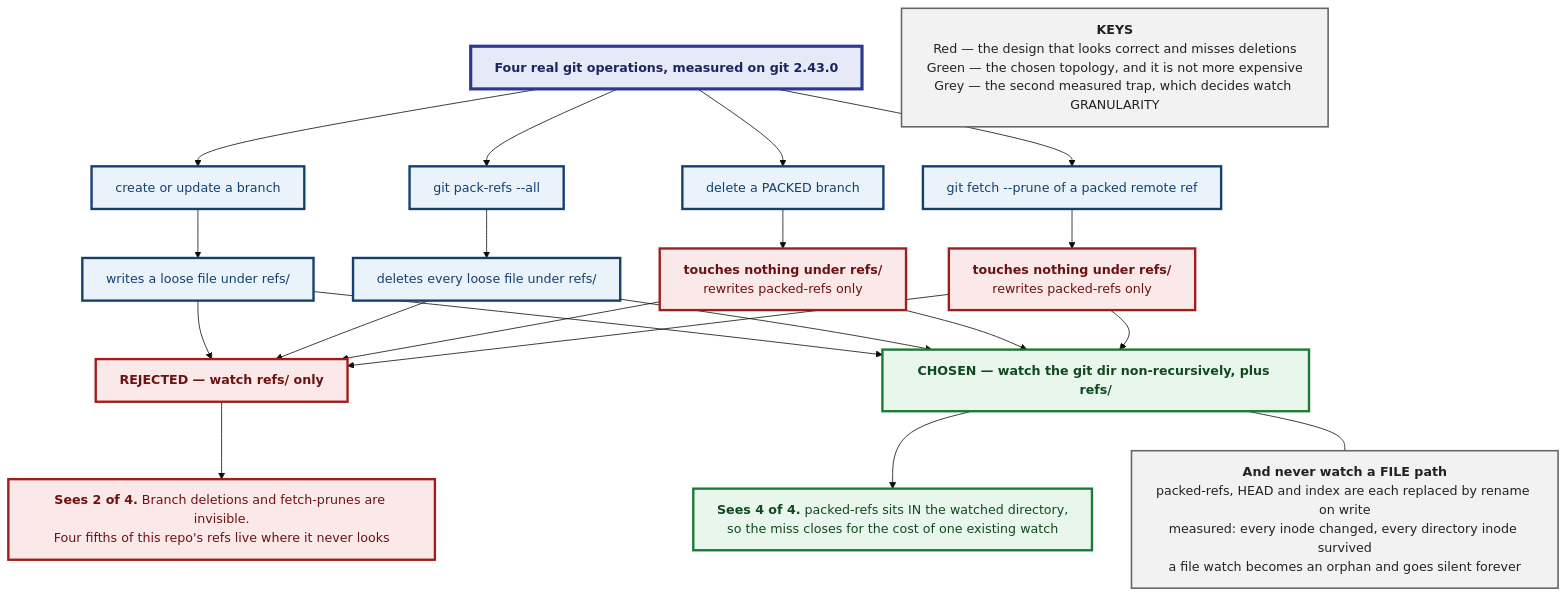
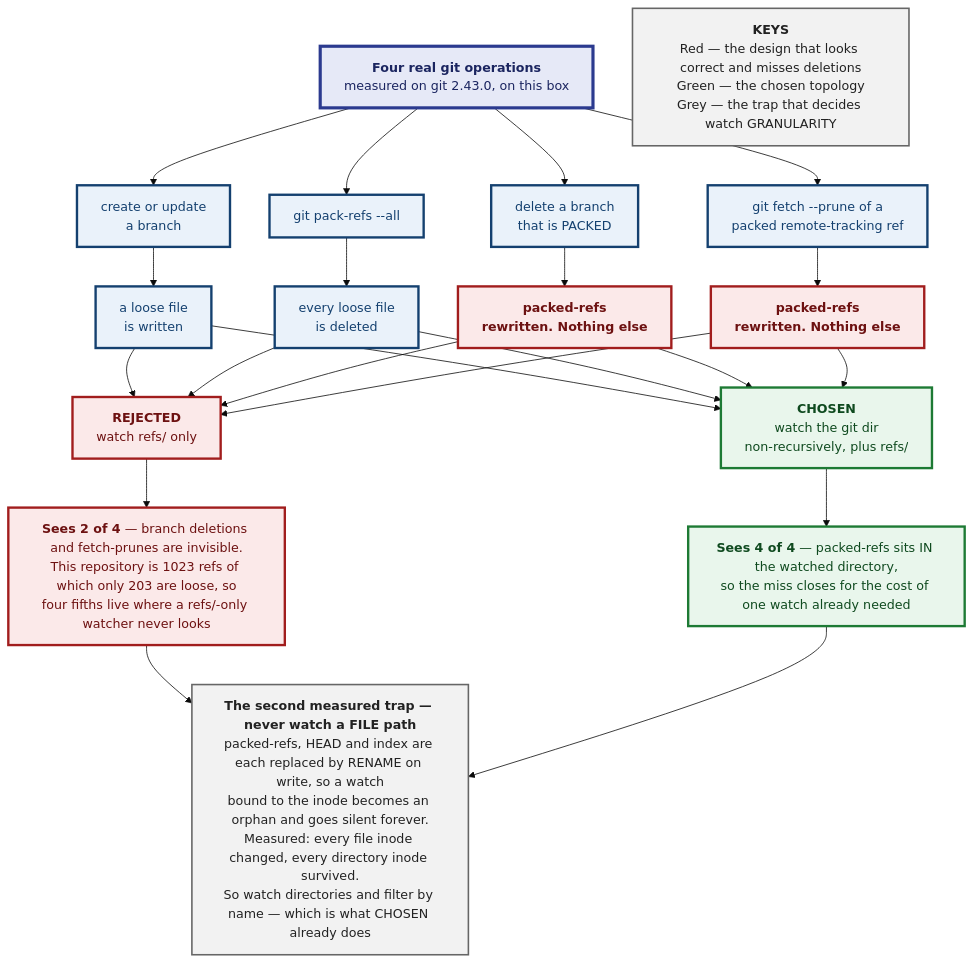
Before and after one commit to tom2025b/git-vista: the fourth of 9 diagrams in docs/superpowers/specs/m3.26-external-changes.md, drawn with Mermaid (base theme). The commit also changed other lines of this file and 1 other file, not shown here.

First line of the commit message:
docs(#551): nine diagrams, verified rendered — and the PDF twin

````diff
--- a/docs/superpowers/specs/m3.26-external-changes.md
+++ b/docs/superpowers/specs/m3.26-external-changes.md
@@ -401,50 +444,49 @@
 ```mermaid
 ---
 config:
   flowchart:
-    wrappingWidth: 480
+    wrappingWidth: 290
 ---
 flowchart TD
-    OP["<b>Four real git operations, measured on git 2.43.0</b>"]
+    OP["<b>Four real git operations</b><br/>measured on git 2.43.0, on this box"]
 
-    OP --> O1["create or update a branch"]
+    OP --> O1["create or update<br/>a branch"]
     OP --> O2["git pack-refs --all"]
-    OP --> O3["delete a PACKED branch"]
-    OP --> O4["git fetch --prune of a packed remote ref"]
+    OP --> O3["delete a branch<br/>that is PACKED"]
+    OP --> O4["git fetch --prune of a<br/>packed remote-tracking ref"]
 
-    O1 --> N1["writes a loose file under refs/"]
-    O2 --> N2["deletes every loose file under refs/"]
-    O3 --> N3["<b>touches nothing under refs/</b><br/>rewrites packed-refs only"]
-    O4 --> N4["<b>touches nothing under refs/</b><br/>rewrites packed-refs only"]
+    O1 --> N1["a loose file<br/>is written"]
+    O2 --> N2["every loose file<br/>is deleted"]
+    O3 --> N3["<b>packed-refs<br/>rewritten. Nothing else</b>"]
+    O4 --> N4["<b>packed-refs<br/>rewritten. Nothing else</b>"]
 
-    N1 --> A["<b>REJECTED — watch refs/ only</b>"]
+    N1 --> A["<b>REJECTED</b><br/>watch refs/ only"]
     N2 --> A
     N3 --> A
     N4 --> A
 
-    N1 --> B["<b>CHOSEN — watch the git dir non-recursively, plus refs/</b>"]
+    N1 --> B["<b>CHOSEN</b><br/>watch the git dir<br/>non-recursively, plus refs/"]
     N2 --> B
     N3 --> B
     N4 --> B
 
-    A --> AR["<b>Sees 2 of 4.</b> Branch deletions and fetch-prunes are invisible.<br/>Four fifths of this repo's refs live where it never looks"]
-    B --> BR["<b>Sees 4 of 4.</b> packed-refs sits IN the watched directory,<br/>so the miss closes for the cost of one existing watch"]
+    A --> AR["<b>Sees 2 of 4</b> — branch deletions and fetch-prunes are invisible.<br/>This repository is 1023 refs of which only 203 are loose, so<br/>four fifths live where a refs/-only watcher never looks"]
+    B --> BR["<b>Sees 4 of 4</b> — packed-refs sits IN the watched directory,<br/>so the miss closes for the cost of one watch already needed"]
 
-    F["<b>And never watch a FILE path</b><br/>packed-refs, HEAD and index are each replaced by rename on write<br/>measured: every inode changed, every directory inode survived<br/>a file watch becomes an orphan and goes silent forever"]
+    AR --> F["<b>The second measured trap — never watch a FILE path</b><br/>packed-refs, HEAD and index are each replaced by RENAME on write, so a watch<br/>bound to the inode becomes an orphan and goes silent forever.<br/>Measured: every file inode changed, every directory inode survived.<br/>So watch directories and filter by name — which is what CHOSEN already does"]
+    BR --> F
 
-    B --- F
-
-    K["<b>KEYS</b><br/>Red — the design that looks correct and misses deletions<br/>Green — the chosen topology, and it is not more expensive<br/>Grey — the second measured trap, which decides watch GRANULARITY"]
+    K["<b>KEYS</b><br/>Red — the design that looks correct and misses deletions<br/>Green — the chosen topology<br/>Grey — the trap that decides watch GRANULARITY"]
 
     classDef entry fill:#e6e9f7,stroke:#2B3A8F,stroke-width:4px,color:#1B2560
     classDef op fill:#eaf2fa,stroke:#14406f,stroke-width:3px,color:#14406f
     classDef bad fill:#fbe9e9,stroke:#a11d1d,stroke-width:3px,color:#6d1111
     classDef good fill:#e9f6ec,stroke:#1d7a34,stroke-width:3px,color:#0f4a1f
     classDef legend fill:#f2f2f2,stroke:#666,stroke-width:2px,color:#222
 
     class OP entry
     class O1,O2,O3,O4,N1,N2 op
     class N3,N4,A,AR bad
     class B,BR good
     class F,K legend
 ```
````
